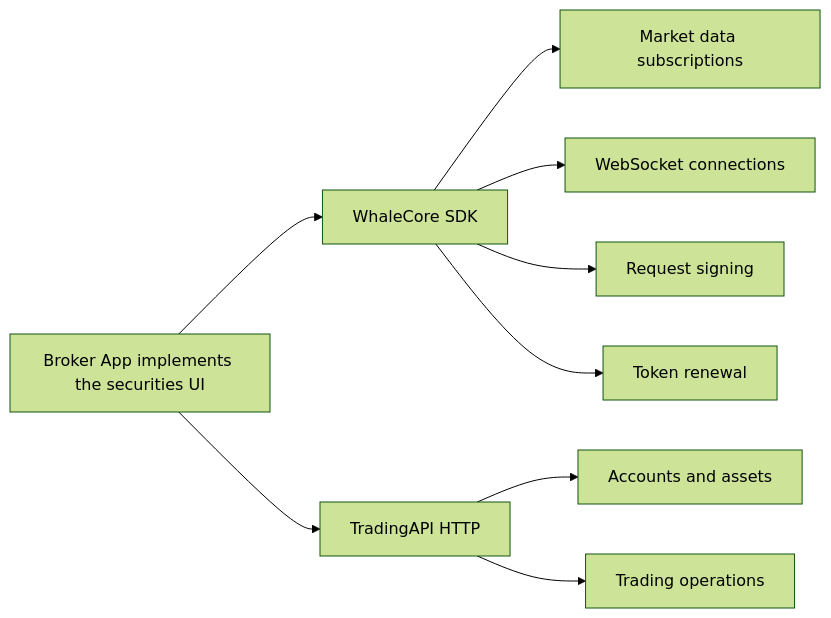
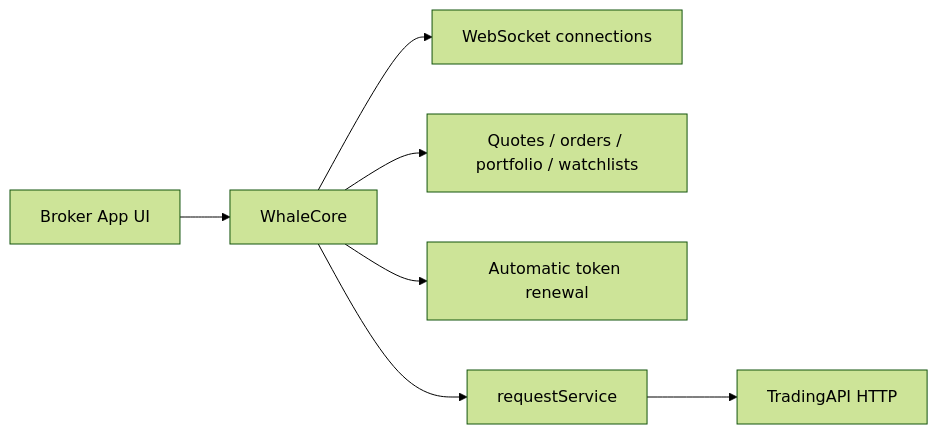
Before and after one commit to longbridge/whale-docs: the diagram in docs/en/trading-api/overview.mdx, drawn with Mermaid (forest theme). The commit also changed other lines of this file and 58 other files, not shown here.

First line of the commit message:
docs: clarify TradingAPI runs through WhaleCore, rename WhaleCoreSDK to WhaleCore, and sync SDK/TradingAPI updates (#70)

````diff
--- a/docs/en/trading-api/overview.mdx
+++ b/docs/en/trading-api/overview.mdx
@@ -13,11 +17,9 @@
 ```mermaid
 flowchart LR
-    A[Broker App implements the securities UI] --> B[WhaleCore SDK]
-    A --> C[TradingAPI HTTP]
-    B --> D[Market data subscriptions]
-    B --> E[WebSocket connections]
-    B --> F[Request signing]
-    B --> G[Token renewal]
-    C --> H[Accounts and assets]
-    C --> I[Trading operations]
+    A[Broker App UI] --> B[WhaleCore]
+    B --> C[WebSocket connections]
+    B --> D[Quotes / orders / portfolio / watchlists]
+    B --> E[Automatic token renewal]
+    B --> F[requestService]
+    F --> G[TradingAPI HTTP]
 ```
````
